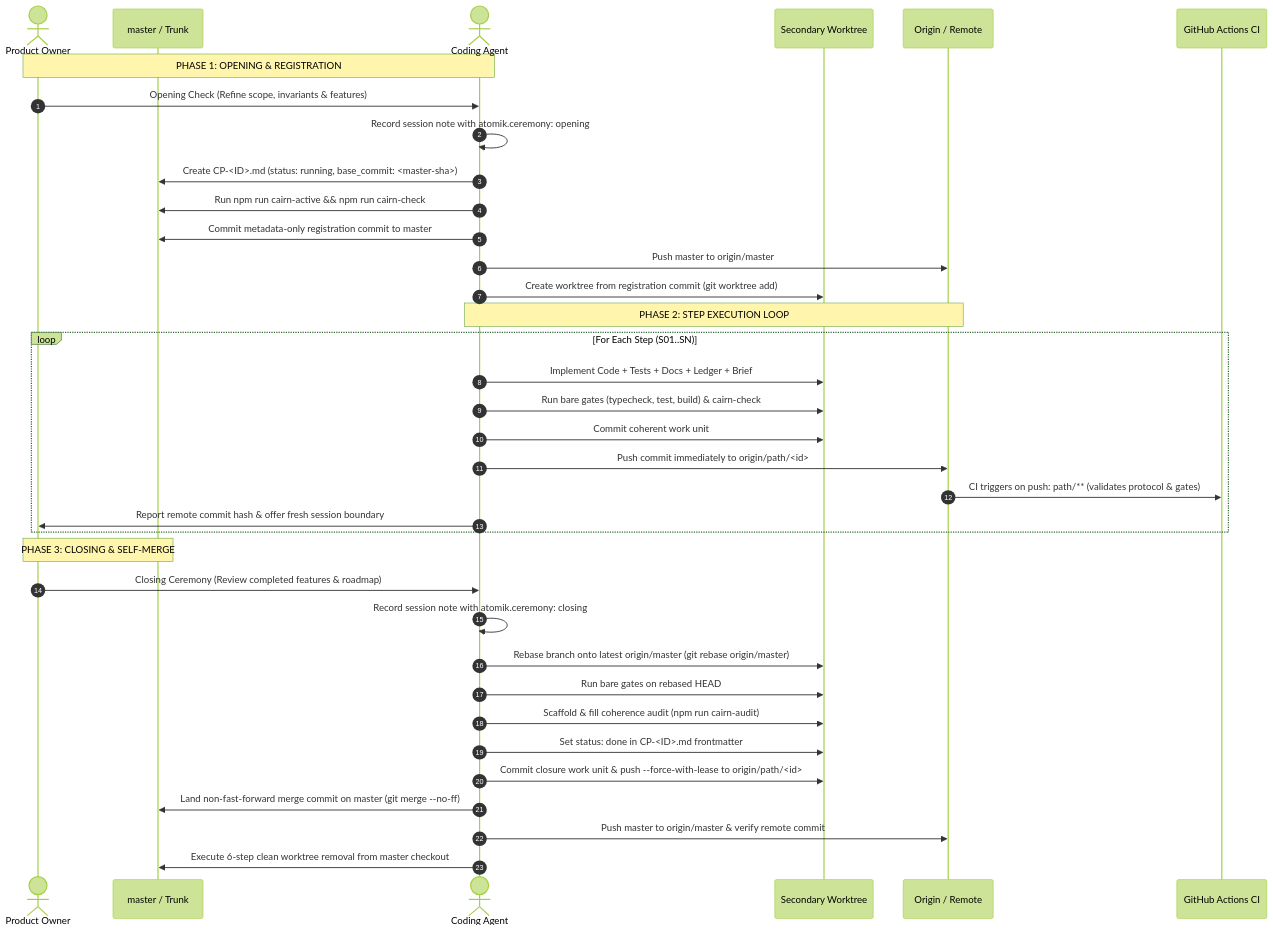
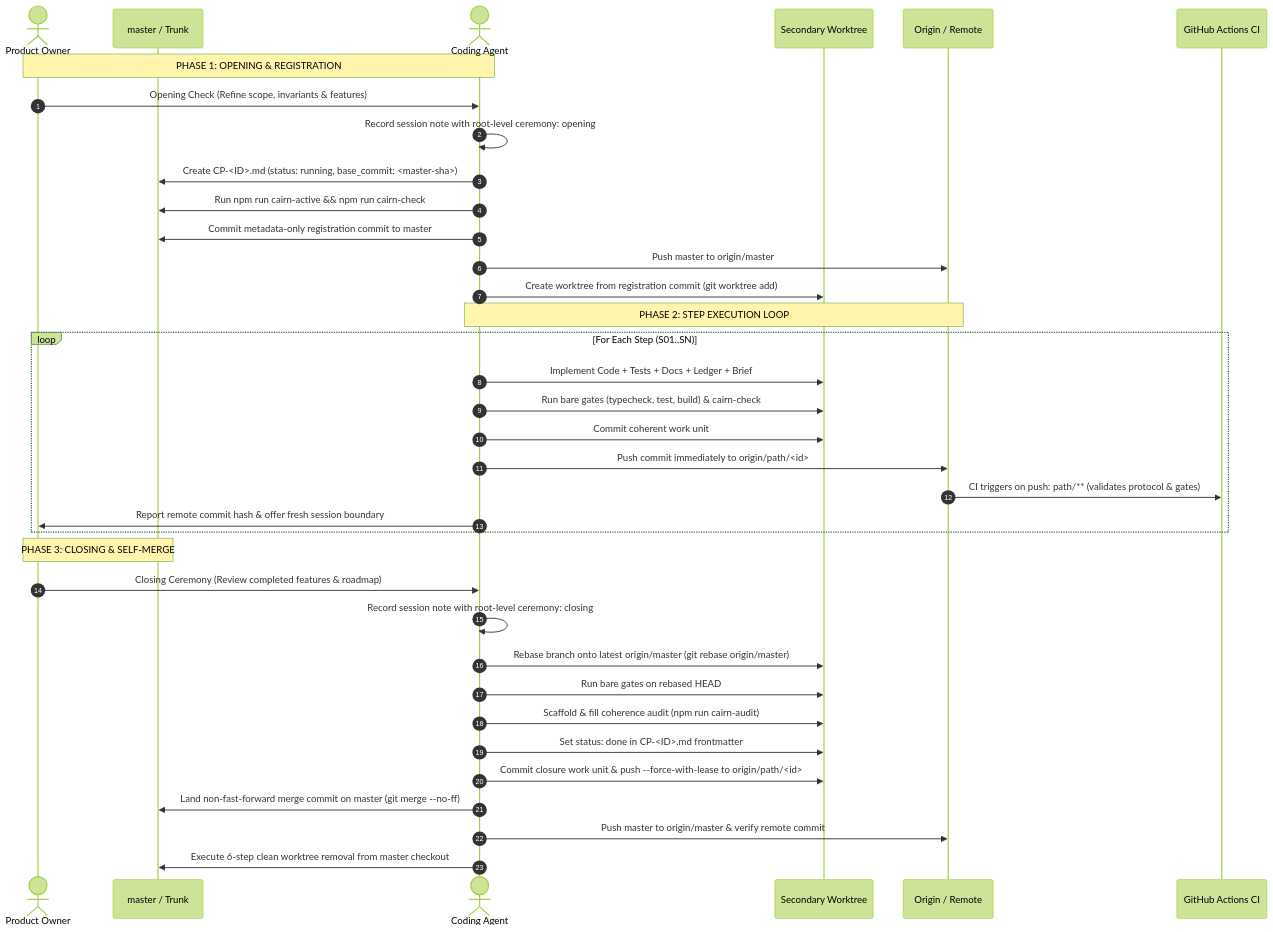
The first of 2 diagrams in docs/cairn/cairn-protocol-round-3.md (sinlalune/atomik), drawn with Mermaid (forest theme) before and after one commit. The commit also changed other lines of this file and 8 other files, not shown here.

````diff
--- a/docs/cairn/cairn-protocol-round-3.md
+++ b/docs/cairn/cairn-protocol-round-3.md
@@ -51,41 +62,41 @@
 ```mermaid
 sequenceDiagram
     autonumber
     actor Owner as Product Owner
     participant Trunk as master / Trunk
     actor Agent as Coding Agent
     participant WT as Secondary Worktree
     participant Remote as Origin / Remote
     participant CI as GitHub Actions CI
 
     Note over Owner,Agent: PHASE 1: OPENING & REGISTRATION
     Owner->>Agent: Opening Check (Refine scope, invariants & features)
-    Agent->>Agent: Record session note with atomik.ceremony: opening
+    Agent->>Agent: Record session note with root-level ceremony: opening
     Agent->>Trunk: Create CP-<ID>.md (status: running, base_commit: <master-sha>)
     Agent->>Trunk: Run npm run cairn-active && npm run cairn-check
     Agent->>Trunk: Commit metadata-only registration commit to master
     Agent->>Remote: Push master to origin/master
     Agent->>WT: Create worktree from registration commit (git worktree add)
 
     Note over Agent,Remote: PHASE 2: STEP EXECUTION LOOP
     loop For Each Step (S01..SN)
         Agent->>WT: Implement Code + Tests + Docs + Ledger + Brief
         Agent->>WT: Run bare gates (typecheck, test, build) & cairn-check
         Agent->>WT: Commit coherent work unit
         Agent->>Remote: Push commit immediately to origin/path/<id>
         Remote->>CI: CI triggers on push: path/** (validates protocol & gates)
         Agent->>Owner: Report remote commit hash & offer fresh session boundary
     end
 
     Note over Owner,Trunk: PHASE 3: CLOSING & SELF-MERGE
     Owner->>Agent: Closing Ceremony (Review completed features & roadmap)
-    Agent->>Agent: Record session note with atomik.ceremony: closing
+    Agent->>Agent: Record session note with root-level ceremony: closing
     Agent->>WT: Rebase branch onto latest origin/master (git rebase origin/master)
     Agent->>WT: Run bare gates on rebased HEAD
     Agent->>WT: Scaffold & fill coherence audit (npm run cairn-audit)
     Agent->>WT: Set status: done in CP-<ID>.md frontmatter
     Agent->>WT: Commit closure work unit & push --force-with-lease to origin/path/<id>
     Agent->>Trunk: Land non-fast-forward merge commit on master (git merge --no-ff)
     Agent->>Remote: Push master to origin/master & verify remote commit
     Agent->>Trunk: Execute 6-step clean worktree removal from master checkout
 ```
````
